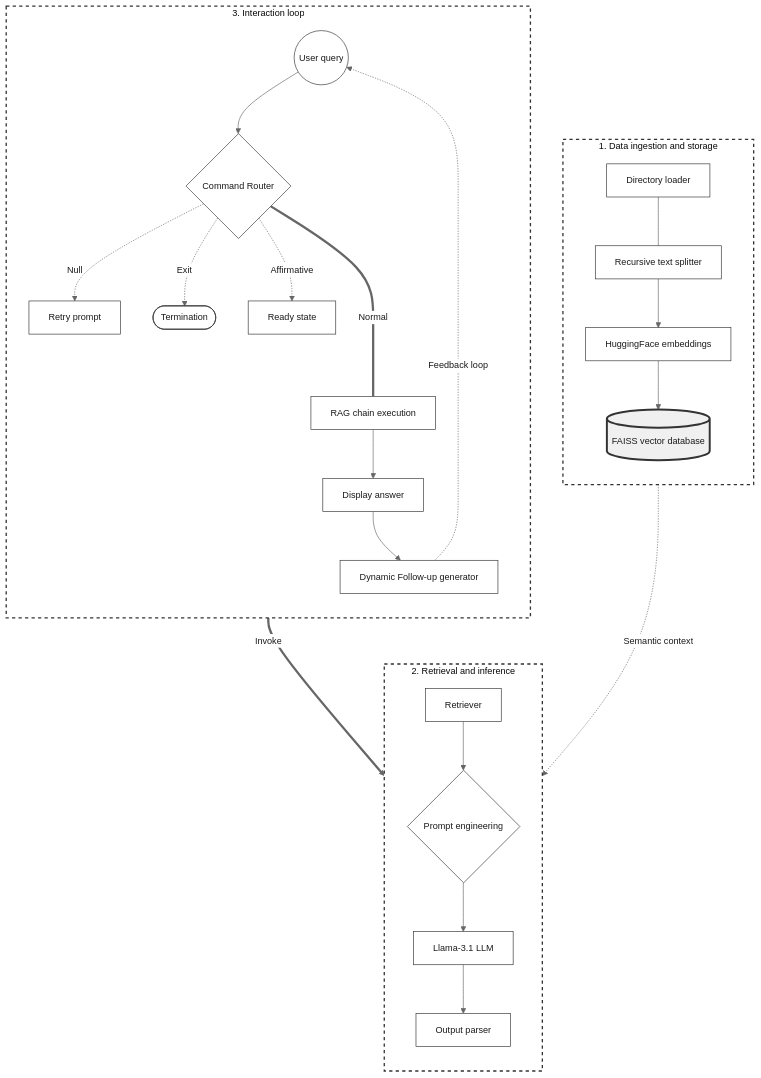
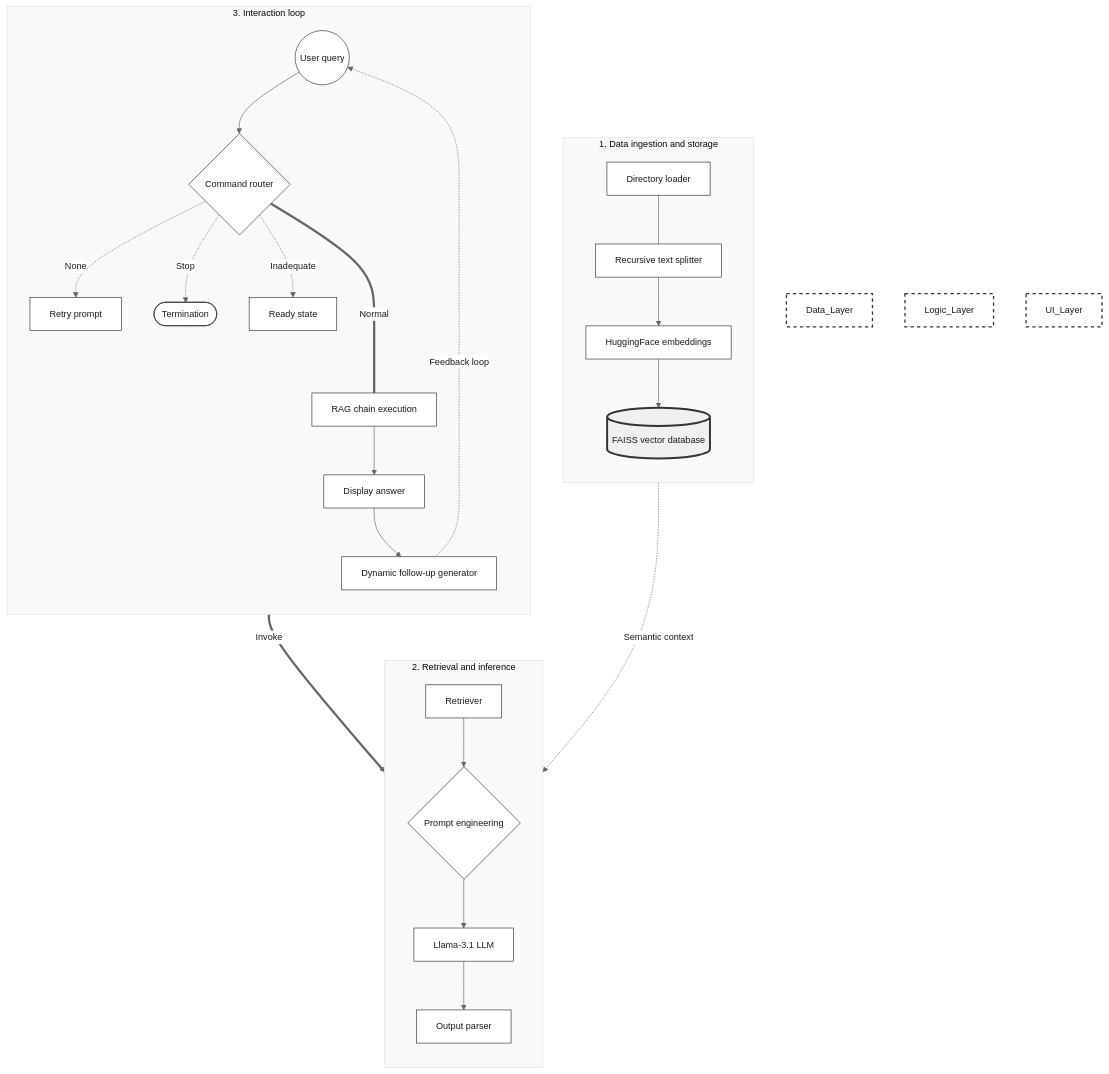
The diagram in README.md (Bo96321asd/AeroAxis-LLM), drawn with Mermaid before and after one commit. The commit also changed other lines of this file, not shown here.

````diff
--- a/README.md
+++ b/README.md
@@ -60,44 +62,44 @@
 ``` mermaid
 %%{init: {
     'theme': 'base', 
     'themeVariables': { 
         'primaryColor': '#ffffff', 
         'primaryBorderColor': '#333333', 
         'primaryTextColor': '#1a1a1a', 
         'lineColor': '#666666', 
         'fontFamily': 'Helvetica, Arial, sans-serif',
         'fontSize': '14px',
         'tertiaryColor': '#f9f9f9'
     }
 }}%%
 graph TD
-    subgraph Data_Layer ["1. Data ingestion and storage"]
+    subgraph Data_layer ["1. Data ingestion and storage"]
         direction TB
         A[Directory loader] --- B[Recursive text splitter]
         B --> C[HuggingFace embeddings]
         C --> D[(FAISS vector database)]
     end
-    subgraph Logic_Layer ["2. Retrieval and inference"]
+    subgraph Logic_layer ["2. Retrieval and inference"]
         direction TB
         E[Retriever] --> F{Prompt engineering}
         F --> G[Llama-3.1 LLM]
         G --> H[Output parser]
     end
-    subgraph UI_Layer ["3. Interaction loop"]
+    subgraph UI_layer ["3. Interaction loop"]
         direction TB
-        I((User query)) --> J{Command Router}
-        J -.->|Null| K["Retry prompt"]
-        J -.->|Exit| L([Termination])
-        J -.->|Affirmative| M["Ready state"]
+        I((User query)) --> J{Command router}
+        J -.->|None| K["Retry prompt"]
+        J -.->|Stop| L([Termination])
+        J -.->|Inadequate| M["Ready state"]
         J ====|Normal| N["RAG chain execution"]
         N --> O["Display answer"]
-        O --> P["Dynamic Follow-up generator"]
+        O --> P["Dynamic follow-up generator"]
     end
     D -.->|Semantic context| E
     N ==>|Invoke| E
     P -.->|Feedback loop| I
     style Data_Layer fill:#ffffff,stroke:#333,stroke-width:2px,stroke-dasharray: 5 5
     style Logic_Layer fill:#ffffff,stroke:#333,stroke-width:2px,stroke-dasharray: 5 5
     style UI_Layer fill:#ffffff,stroke:#333,stroke-width:2px,stroke-dasharray: 5 5
     style D fill:#f0f0f0,stroke-width:3px
 ```
````
